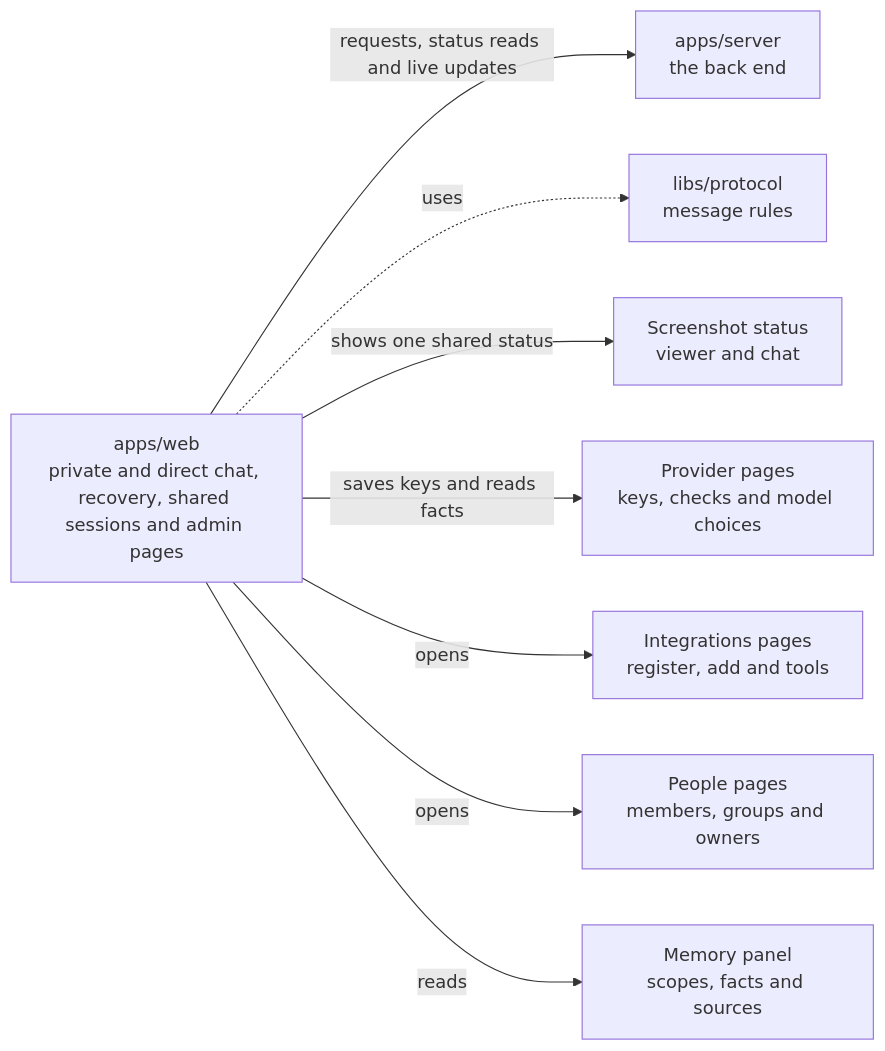
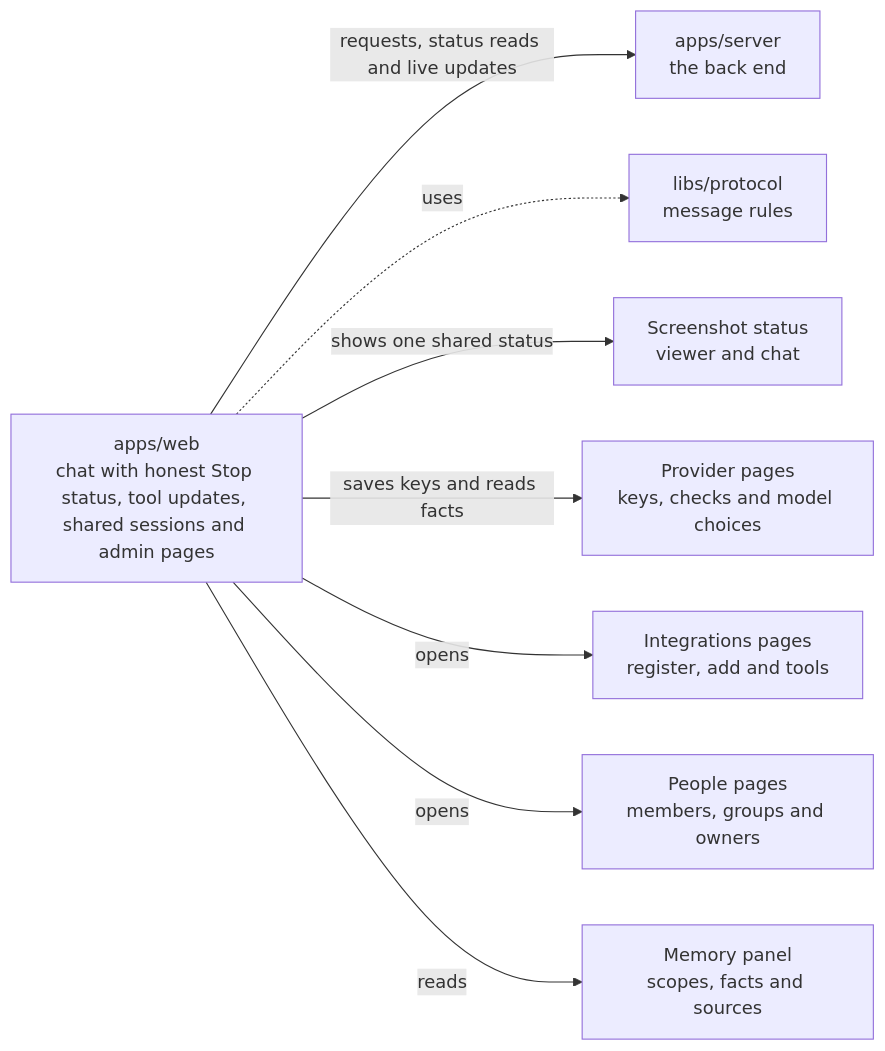
The diagram in apps/web/README.md (elewa-git/opencrane-new), drawn with Mermaid before and after one commit. The commit also changed other lines of this file and 103 other files, not shown here.

First line of the commit message:
🧰 Chat shows each governed tool call and approval truthfully, on desktop and phone (#297)

````diff
--- a/apps/web/README.md
+++ b/apps/web/README.md
@@ -11,10 +11,10 @@
 ```mermaid
 flowchart LR
-  web["apps/web<br/>private and direct chat, recovery, shared sessions and admin pages"] -->|requests, status reads and live updates| server["apps/server<br/>the back end"]
+  web["apps/web<br/>chat with honest Stop status, tool updates, shared sessions and admin pages"] -->|requests, status reads and live updates| server["apps/server<br/>the back end"]
   web -.->|uses| protocol["libs/protocol<br/>message rules"]
   web -->|shows one shared status| capture["Screenshot status<br/>viewer and chat"]
   web -->|saves keys and reads facts| providers["Provider pages<br/>keys, checks and model choices"]
   web -->|opens| integrations["Integrations pages<br/>register, add and tools"]
   web -->|opens| people["People pages<br/>members, groups and owners"]
   web -->|reads| memory["Memory panel<br/>scopes, facts and sources"]
 ```
````
